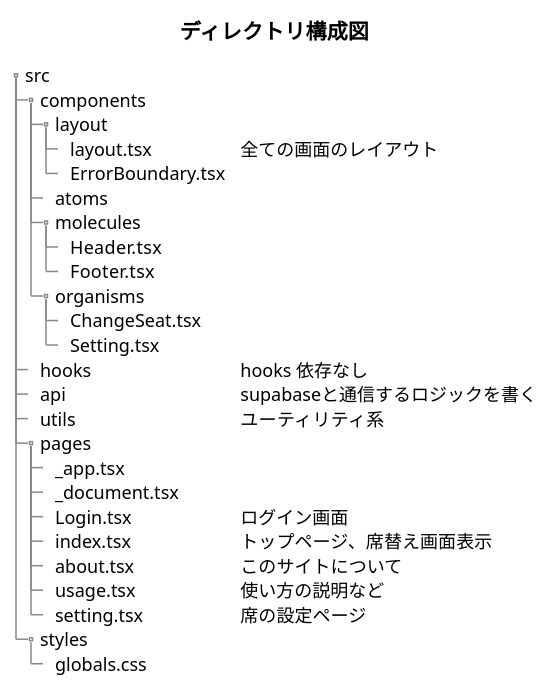
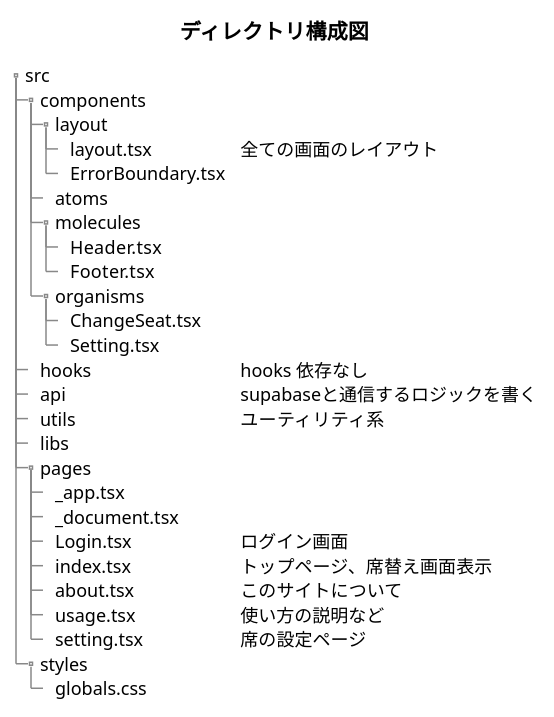
Before and after one commit to Keito654/change-seat-production: the diagram in UML/dirStructure.pu, drawn with PlantUML. The commit also changed 2 other files, not shown here.

```diff
--- a/UML/dirStructure.pu
+++ b/UML/dirStructure.pu
@@ -1,36 +1,37 @@
 @startuml dirStruct
 title ディレクトリ構成図
 
 salt
 
 {
   {T
     + src
       ++ components 
         +++ layout
           ++++ layout.tsx | 全ての画面のレイアウト
           ++++ ErrorBoundary.tsx
         +++ atoms
         +++ molecules
           ++++ Header.tsx
           ++++ Footer.tsx
         +++ organisms
           ++++ ChangeSeat.tsx
           ++++ Setting.tsx
       ++ hooks | hooks 依存なし
       ++ api | supabaseと通信するロジックを書く
       ++ utils | ユーティリティ系
+      ++ libs
       ++ pages
         +++ _app.tsx 
         +++ _document.tsx 
         +++ Login.tsx | ログイン画面
         +++ index.tsx | トップページ、席替え画面表示
         +++ about.tsx | このサイトについて
         +++ usage.tsx | 使い方の説明など
         +++ setting.tsx | 席の設定ページ
       ++ styles
         +++ globals.css
   }
 }
 
 @enduml
```
